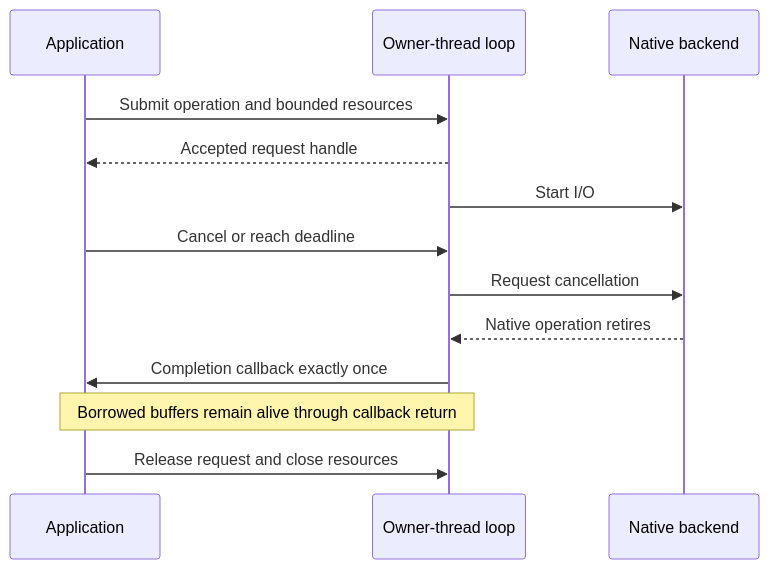
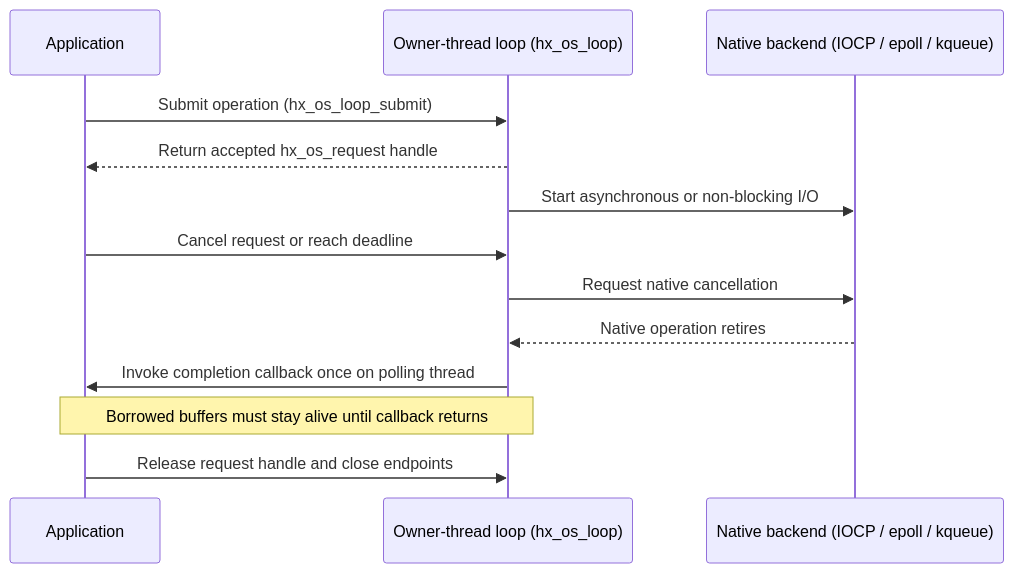
The third of 4 diagrams in docs/REFERENCE.md (HuangX666/hx_c_platform), drawn with Mermaid before and after one commit. The commit also changed other lines of this file and 135 other files, not shown here.

````diff
--- a/docs/REFERENCE.md
+++ b/docs/REFERENCE.md
@@ -1327,15 +1341,15 @@
 ```mermaid
 sequenceDiagram
     participant App as Application
-    participant Reactor as Owner-thread loop
-    participant OS as Native backend
-    App->>Reactor: Submit operation and bounded resources
-    Reactor-->>App: Accepted request handle
-    Reactor->>OS: Start I/O
-    App->>Reactor: Cancel or reach deadline
-    Reactor->>OS: Request cancellation
+    participant Reactor as Owner-thread loop (hx_os_loop)
+    participant OS as Native backend (IOCP / epoll / kqueue)
+    App->>Reactor: Submit operation (hx_os_loop_submit)
+    Reactor-->>App: Return accepted hx_os_request handle
+    Reactor->>OS: Start asynchronous or non-blocking I/O
+    App->>Reactor: Cancel request or reach deadline
+    Reactor->>OS: Request native cancellation
     OS-->>Reactor: Native operation retires
-    Reactor->>App: Completion callback exactly once
-    Note over App,Reactor: Borrowed buffers remain alive through callback return
-    App->>Reactor: Release request and close resources
+    Reactor->>App: Invoke completion callback once on polling thread
+    Note over App,Reactor: Borrowed buffers must stay alive until callback returns
+    App->>Reactor: Release request handle and close endpoints
 ```
````
